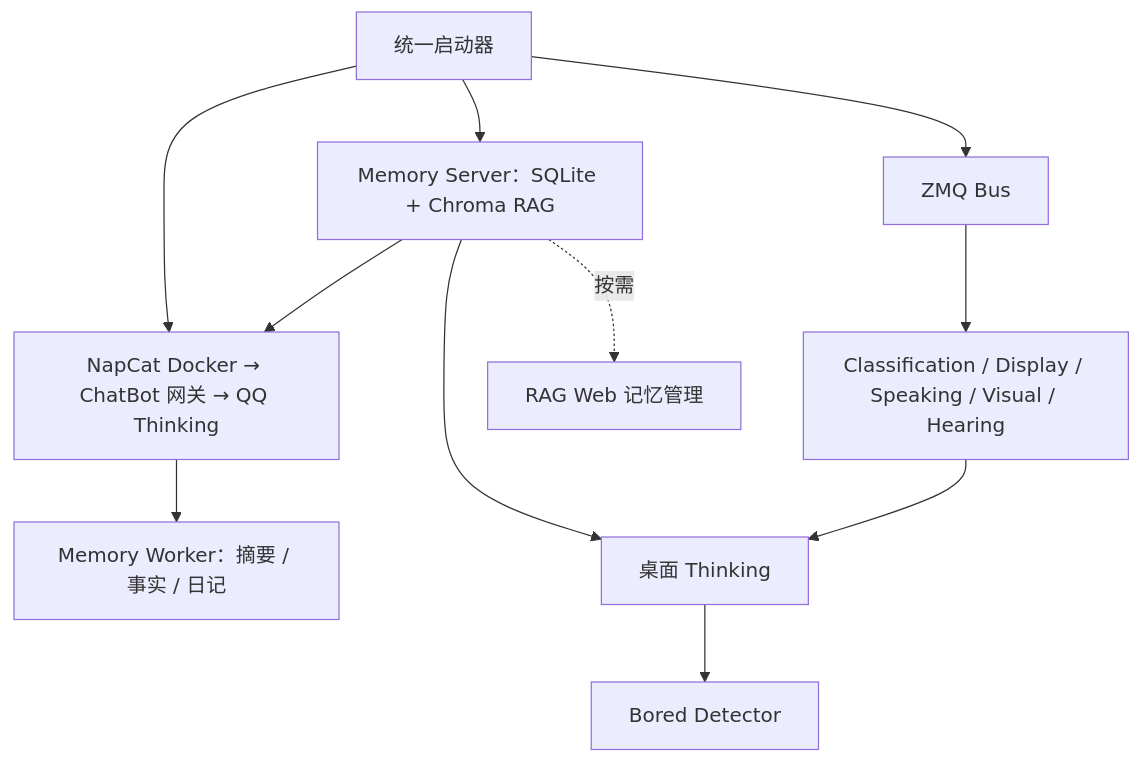
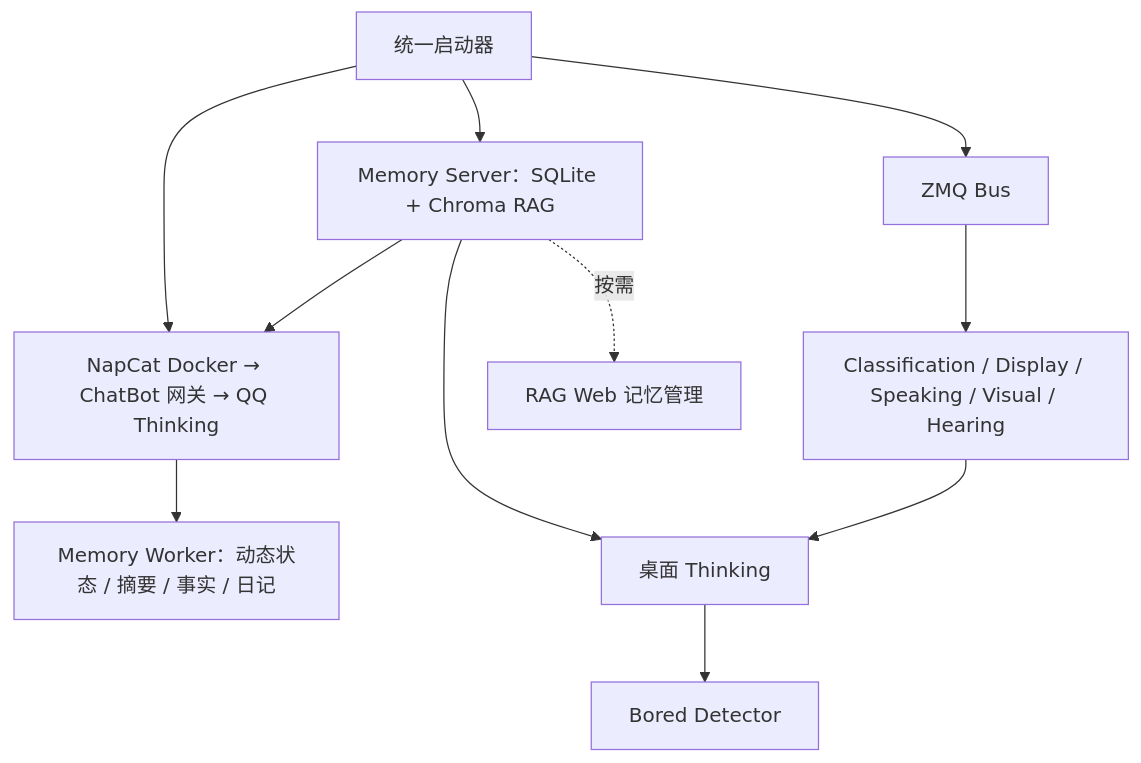
Before and after one commit to yororoA/Bines: the diagram in START_HERE.md, drawn with Mermaid. The commit also changed other lines of this file and 31 other files, not shown here.

````diff
--- a/START_HERE.md
+++ b/START_HERE.md
@@ -95,13 +95,13 @@
 ```mermaid
 flowchart TD
     A[统一启动器] --> Q[NapCat Docker → ChatBot 网关 → QQ Thinking]
-    Q --> W[Memory Worker：摘要 / 事实 / 日记]
+    Q --> W[Memory Worker：动态状态 / 摘要 / 事实 / 日记]
     A --> C[ZMQ Bus]
     C --> D[Classification / Display / Speaking / Visual / Hearing]
     A --> M[Memory Server：SQLite + Chroma RAG]
     M --> Q
     M --> T
     D --> T[桌面 Thinking]
     T --> B[Bored Detector]
     M -.按需.-> R[RAG Web 记忆管理]
 ```
````
